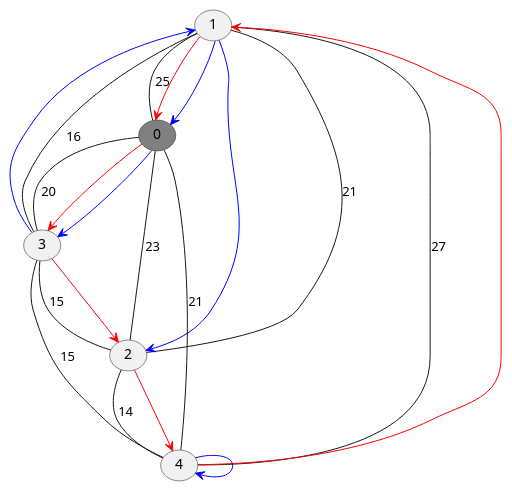
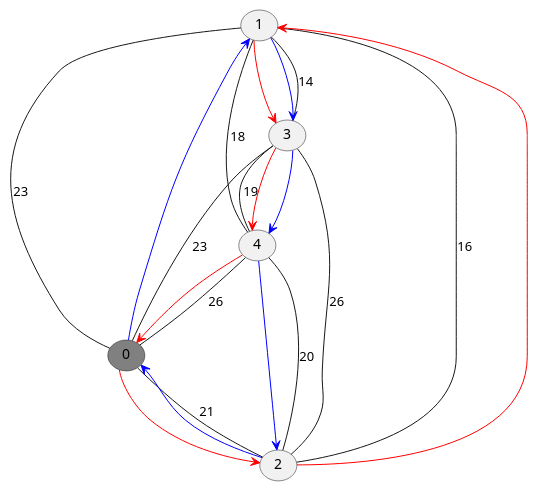
One commit to horockey/euristic_algos changed the diagram in cmd/lab_7/solution.puml. Above: the diagram before and after it, drawn with PlantUML. The commit also changed 3 other files, not shown here.

```diff
--- a/cmd/lab_7/solution.puml
+++ b/cmd/lab_7/solution.puml
@@ -1,24 +1,24 @@
 @startuml
-(1) -- (0): 25
-(2) -- (0): 23
-(2) -- (1): 21
-(3) -- (0): 20
-(3) -- (1): 16
-(3) -- (2): 15
-(4) -- (0): 21
-(4) -- (1): 27
-(4) -- (2): 14
-(4) -- (3): 15
+(1) -- (0): 23
+(2) -- (0): 21
+(2) -- (1): 16
+(3) -- (0): 23
+(3) -- (1): 14
+(3) -- (2): 26
+(4) -- (0): 26
+(4) -- (1): 18
+(4) -- (2): 20
+(4) -- (3): 19
 (0) #gray
-(0) -[#red]-> (3)
-(3) -[#red]-> (2)
-(2) -[#red]-> (4)
-(4) -[#red]-> (1)
-(1) -[#red]-> (0)
+(0) -[#red]-> (2)
+(2) -[#red]-> (1)
+(1) -[#red]-> (3)
+(3) -[#red]-> (4)
+(4) -[#red]-> (0)
 (0) #gray
-(0) -[#blue]-> (3)
-(3) -[#blue]-> (1)
-(4) -[#blue]-> (4)
-(1) -[#blue]-> (2)
-(1) -[#blue]-> (0)
+(0) -[#blue]-> (1)
+(1) -[#blue]-> (3)
+(3) -[#blue]-> (4)
+(4) -[#blue]-> (2)
+(2) -[#blue]-> (0)
 @enduml
```
